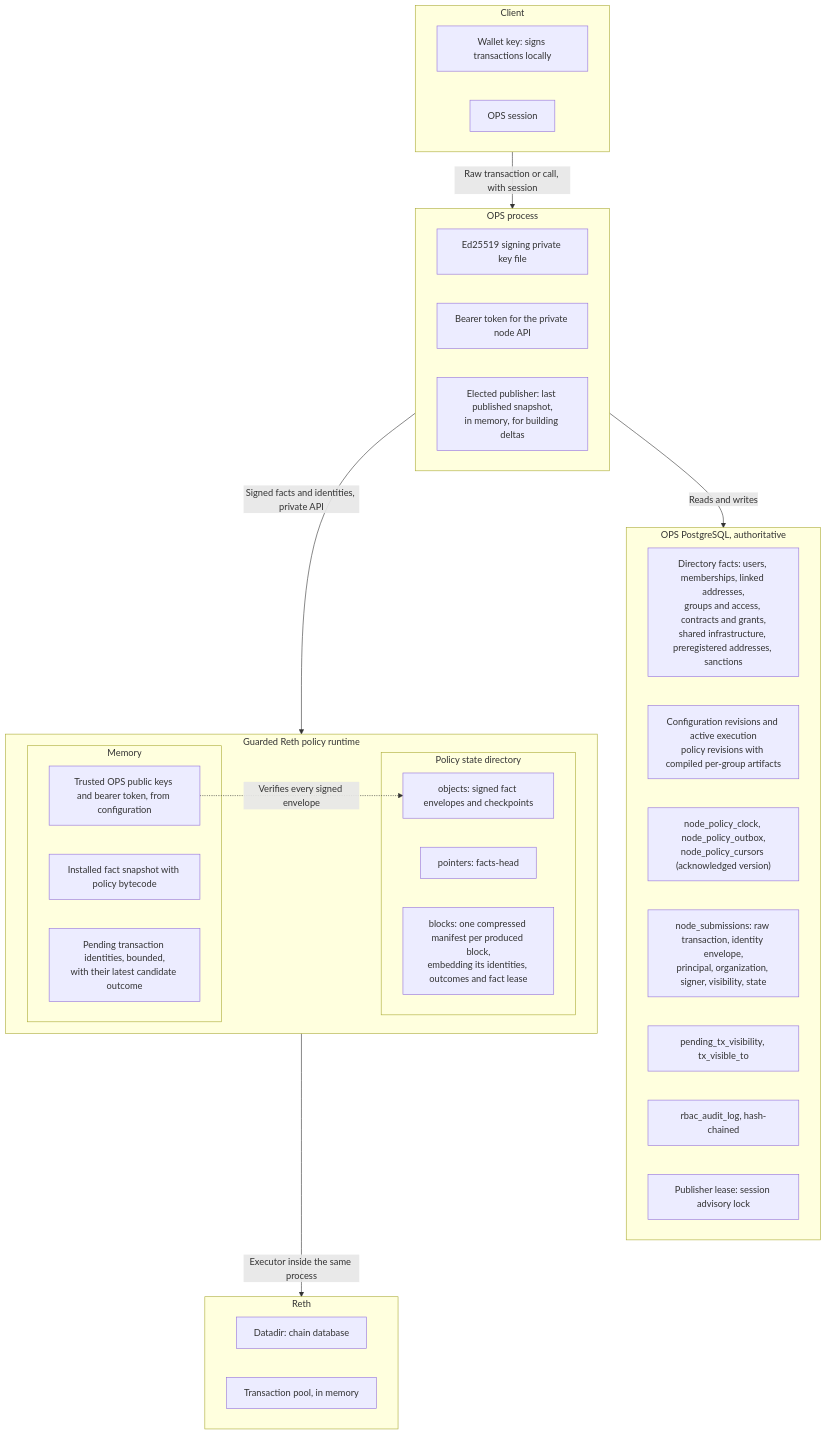
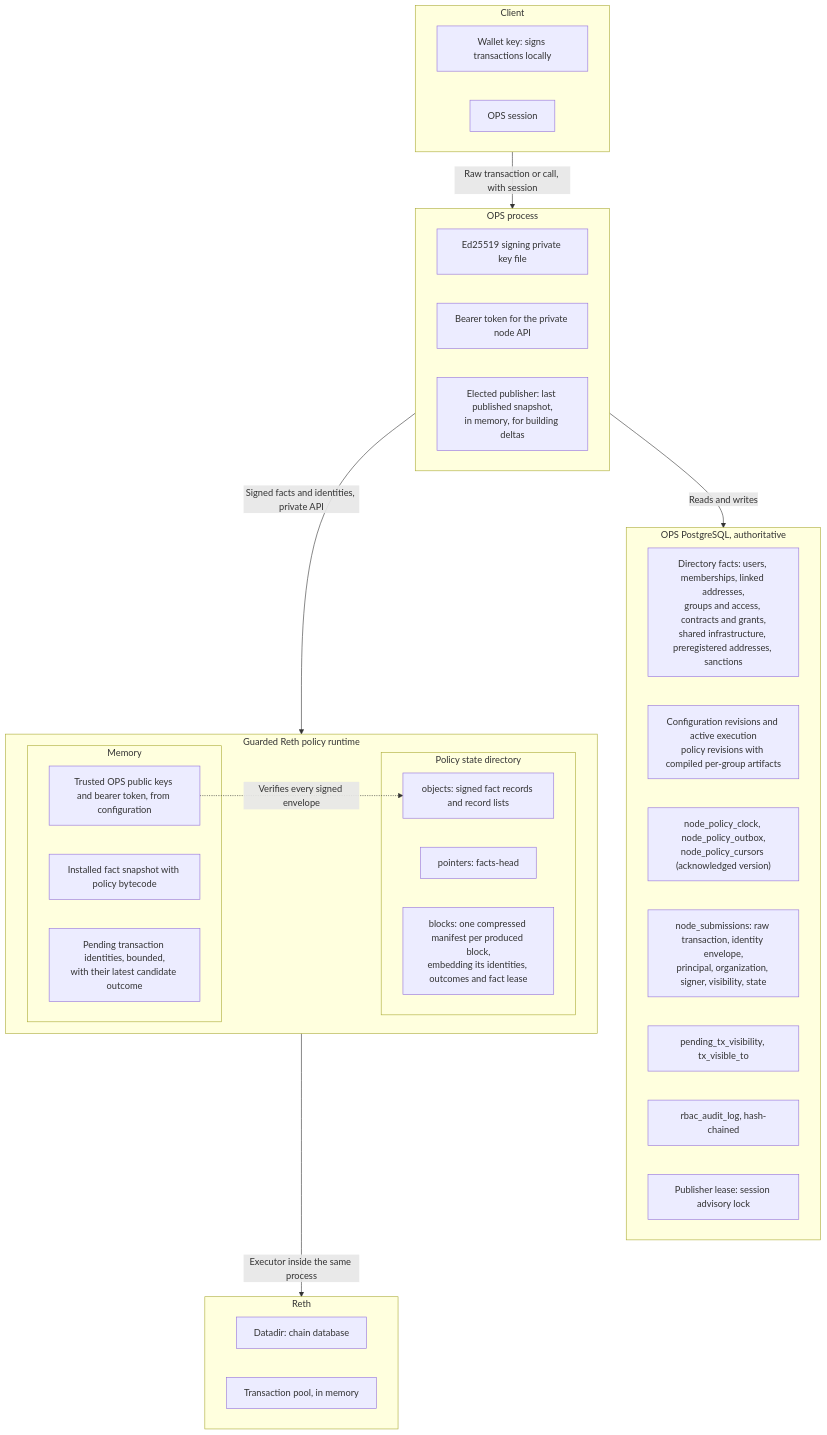
One commit to LFDT-Permissioned-Privacy-Control/permissioned-privacy-control changed the fifth of 6 diagrams in docs/architecture/reth-execution-flow.md. Above: the diagram before and after it, drawn with Mermaid. The commit also changed other lines of this file and 11 other files, not shown here.

````diff
--- a/docs/architecture/reth-execution-flow.md
+++ b/docs/architecture/reth-execution-flow.md
@@ -278,42 +278,42 @@
 ```mermaid
 flowchart TB
     subgraph Client["Client"]
         Wallet["Wallet key: signs transactions locally"]
         Session["OPS session"]
     end
     subgraph OPSProc["OPS process"]
         SignKey["Ed25519 signing private key file"]
         NodeToken["Bearer token for the private node API"]
         LastSnap["Elected publisher: last published snapshot,<br/>in memory, for building deltas"]
     end
     subgraph PG["OPS PostgreSQL, authoritative"]
         Directory["Directory facts: users, memberships, linked addresses,<br/>groups and access, contracts and grants,<br/>shared infrastructure, preregistered addresses, sanctions"]
         Config["Configuration revisions and active execution<br/>policy revisions with compiled per-group artifacts"]
         Feed["node_policy_clock, node_policy_outbox,<br/>node_policy_cursors (acknowledged version)"]
         Subs["node_submissions: raw transaction, identity envelope,<br/>principal, organization, signer, visibility, state"]
         Visibility["pending_tx_visibility, tx_visible_to"]
         Audit["rbac_audit_log, hash-chained"]
         Lease["Publisher lease: session advisory lock"]
     end
     subgraph Runtime["Guarded Reth policy runtime"]
         subgraph Memory["Memory"]
             Facts["Installed fact snapshot with policy bytecode"]
             Pending["Pending transaction identities, bounded,<br/>with their latest candidate outcome"]
             Trust["Trusted OPS public keys and bearer token, from configuration"]
         end
         subgraph StateDir["Policy state directory"]
-            Objects["objects: signed fact envelopes and checkpoints"]
+            Objects["objects: signed fact records and record lists"]
             Pointers["pointers: facts-head"]
             Blocks["blocks: one compressed manifest per produced block,<br/>embedding its identities, outcomes and fact lease"]
         end
     end
     subgraph Reth["Reth"]
         Chain["Datadir: chain database"]
         Pool["Transaction pool, in memory"]
     end
     Client -->|"Raw transaction or call, with session"| OPSProc
     OPSProc -->|"Reads and writes"| PG
     OPSProc -->|"Signed facts and identities, private API"| Runtime
     Trust -.->|"Verifies every signed envelope"| Objects
     Runtime -->|"Executor inside the same process"| Reth
 ```
````
